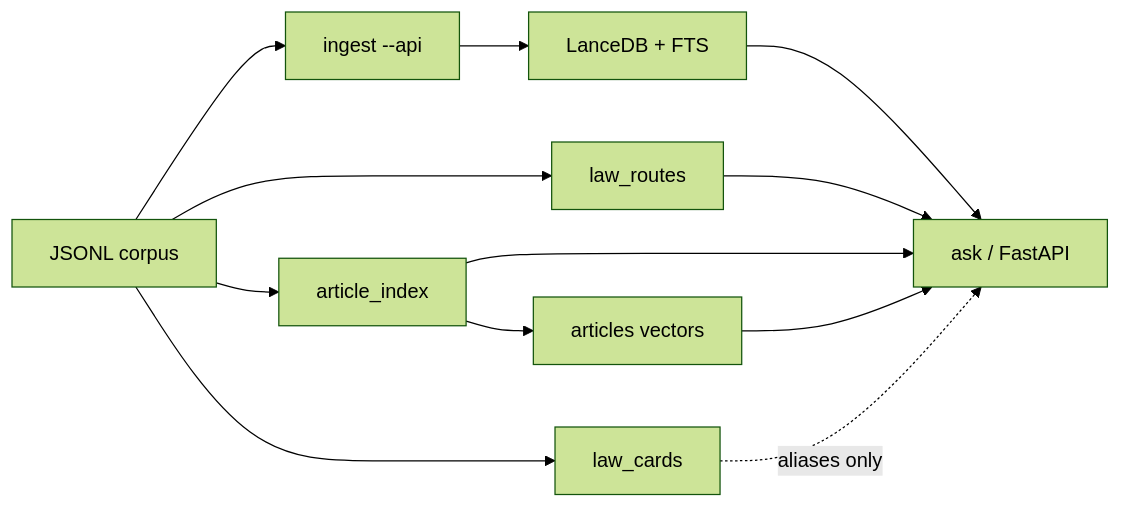
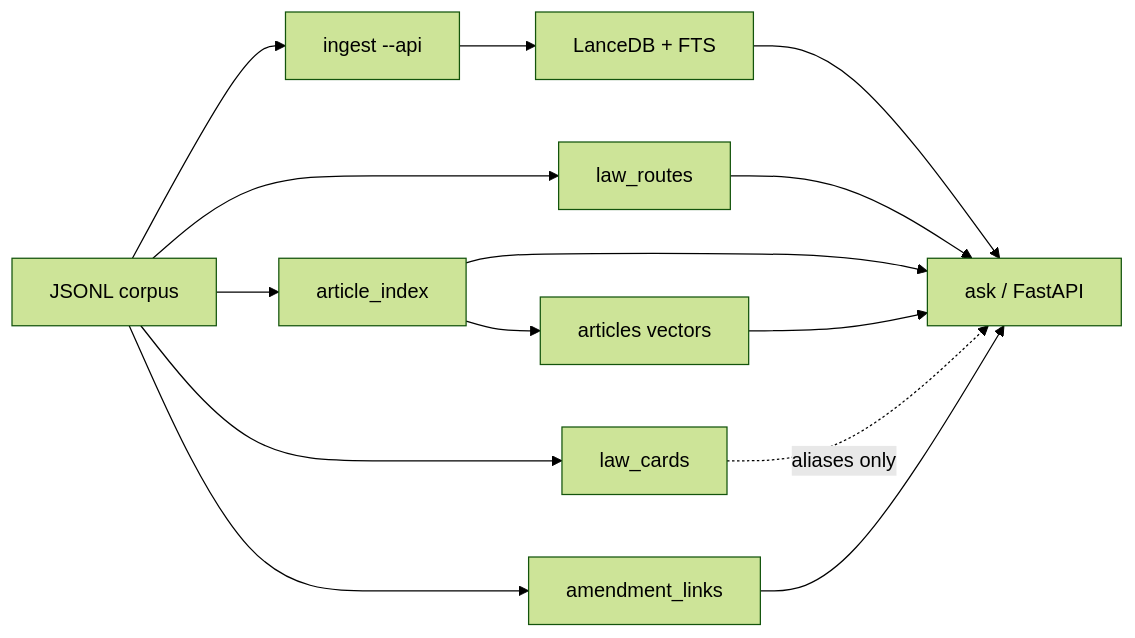
The diagram in docs/ARCHITECTURE.md (sohaibbabajan/iraqi-legislation-rag), drawn with Mermaid (forest theme) before and after one commit. The commit also changed other lines of this file and 11 other files, not shown here.

````diff
--- a/docs/ARCHITECTURE.md
+++ b/docs/ARCHITECTURE.md
@@ -5,19 +5,21 @@
 ```mermaid
 flowchart LR
   jsonl[JSONL corpus]
   ingest[ingest --api]
   lance[LanceDB + FTS]
   routes[law_routes]
   art[article_index]
   avec[articles vectors]
   cards[law_cards]
   ask[ask / FastAPI]
   jsonl --> ingest --> lance --> ask
   jsonl --> routes
   jsonl --> art --> avec
   jsonl --> cards
+  jsonl --> amend[amendment_links]
   routes --> ask
   art --> ask
   avec --> ask
   cards -.->|aliases only| ask
+  amend --> ask
 ```
````
